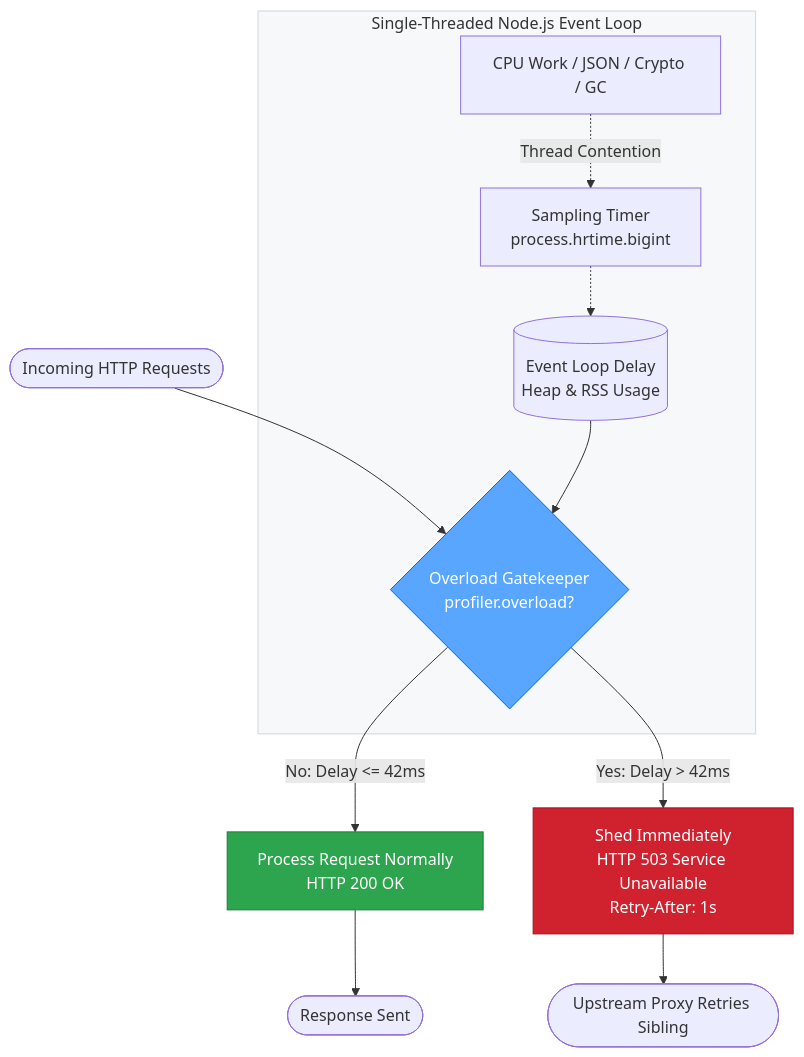
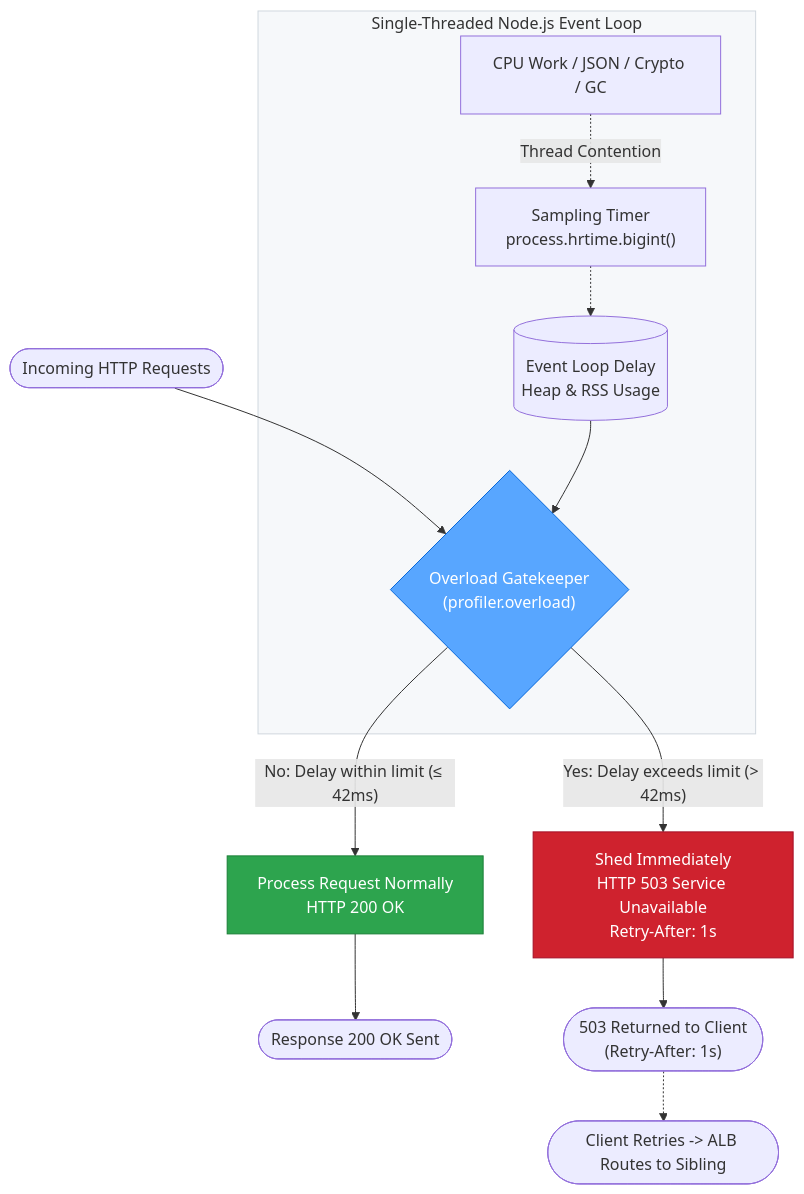
The first of 13 diagrams in readme.md (andylockran/overload-protection), drawn with Mermaid before and after one commit. The commit also changed other lines of this file and 4 other files, not shown here.

````diff
--- a/readme.md
+++ b/readme.md
@@ -38,21 +43,22 @@
 ```mermaid
 flowchart TD
-    Req([Incoming HTTP Requests]) --> Gate{Overload Gatekeeper<br/>profiler.overload?}
+    Req(["Incoming HTTP Requests"]) --> Gate{"Overload Gatekeeper<br/>(profiler.overload)"}
     
-    subgraph EventLoop [Single-Threaded Node.js Event Loop]
-        Timer[Sampling Timer<br/>process.hrtime.bigint] -.-> Metrics[(Event Loop Delay<br/>Heap & RSS Usage)]
+    subgraph EventLoop ["Single-Threaded Node.js Event Loop"]
+        Timer["Sampling Timer<br/>process.hrtime.bigint()"] -.-> Metrics[("Event Loop Delay<br/>Heap & RSS Usage")]
         Metrics --> Gate
-        Worker[CPU Work / JSON / Crypto / GC] -.->|Thread Contention| Timer
+        Worker["CPU Work / JSON / Crypto / GC"] -.->|"Thread Contention"| Timer
     end
 
-    Gate -->|No: Delay <= 42ms| Accept[Process Request Normally<br/>HTTP 200 OK]
-    Gate -->|Yes: Delay > 42ms| Shed[Shed Immediately<br/>HTTP 503 Service Unavailable<br/>Retry-After: 1s]
+    Gate -->|"No: Delay within limit (&le; 42ms)"| Accept["Process Request Normally<br/>HTTP 200 OK"]
+    Gate -->|"Yes: Delay exceeds limit (> 42ms)"| Shed["Shed Immediately<br/>HTTP 503 Service Unavailable<br/>Retry-After: 1s"]
 
-    Accept --> Done([Response Sent])
-    Shed --> Retry([Upstream Proxy Retries Sibling])
+    Accept --> Done(["Response 200 OK Sent"])
+    Shed --> Retry(["503 Returned to Client<br/>(Retry-After: 1s)"])
+    Retry -.-> ClientBackoff(["Client Retries -> ALB Routes to Sibling"])
 
     style Gate fill:#58a6ff,stroke:#0969da,color:#ffffff
     style Accept fill:#2da44e,stroke:#1a7f37,color:#ffffff
     style Shed fill:#cf222e,stroke:#a40e26,color:#ffffff
     style EventLoop fill:#f6f8fa,stroke:#d0d7de
 ```
````
